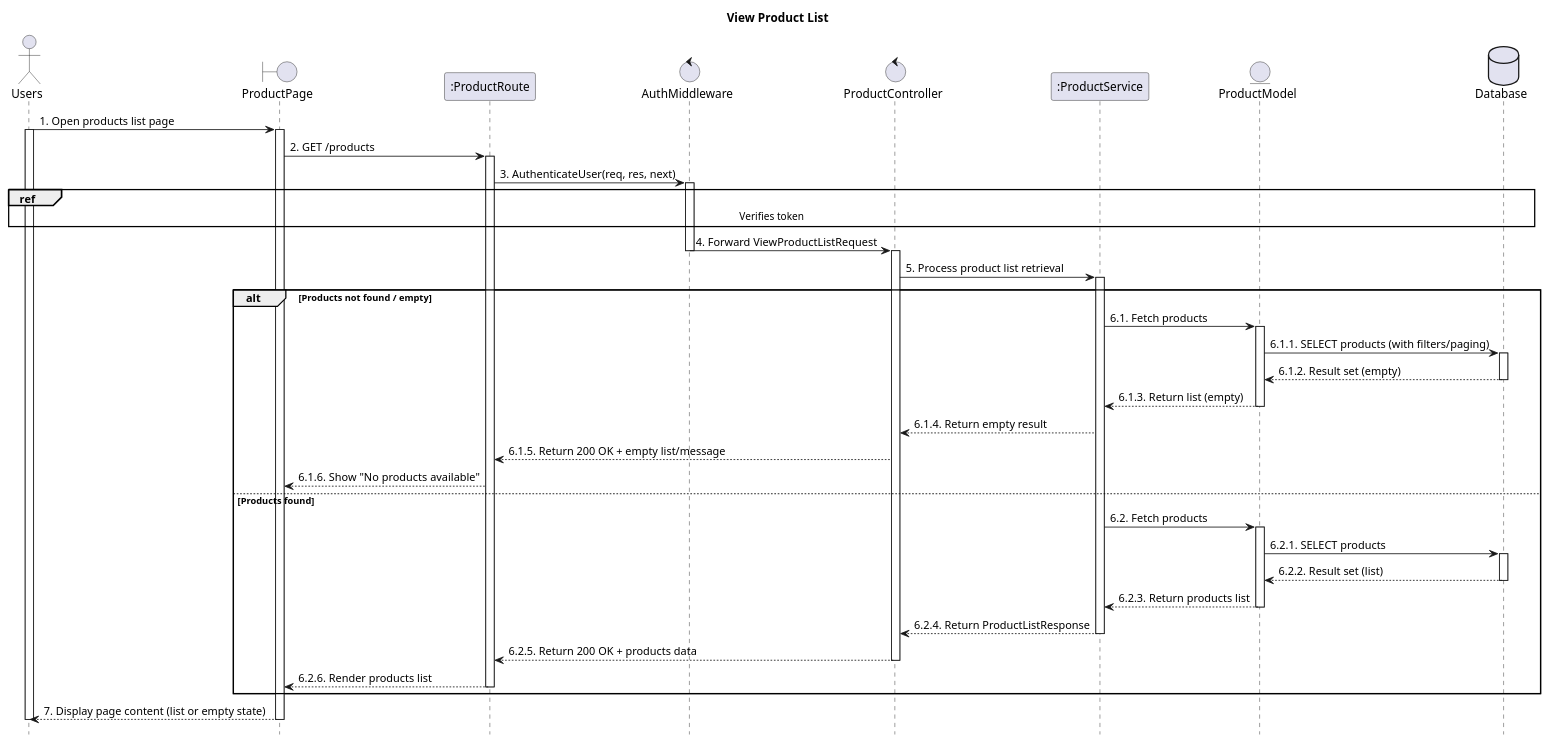
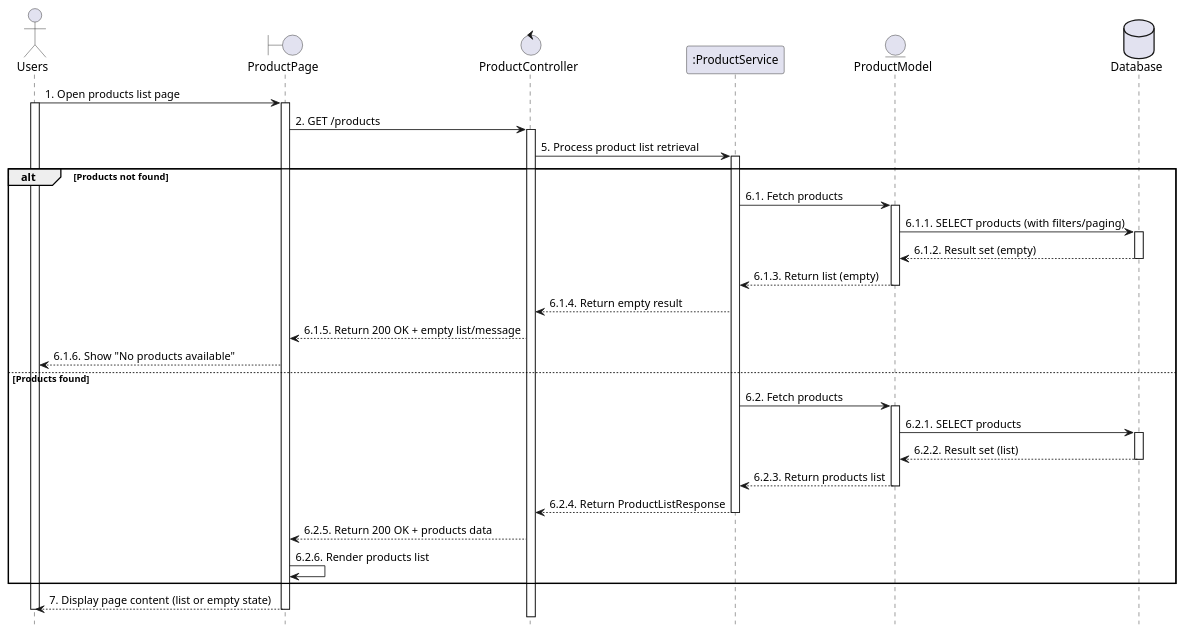
Before and after one commit to VietDurian/VietDurian: the diagram in planuml/web/13.2_viewProductList.puml, drawn with PlantUML. The commit also changed 39 other files, not shown here.

Commit message:
ViVLT: Add sequence diagram

```diff
--- a/planuml/web/13.2_viewProductList.puml
+++ b/planuml/web/13.2_viewProductList.puml
@@ -1,68 +1,56 @@
 @startuml 13.2_viewProductList
 hide footbox
-title View Product List
 
 actor User as "Users"
 boundary ProductPage as View
-participant ":ProductRoute" as Route
-control "AuthMiddleware" as Middleware
 control "ProductController" as Controller
 participant ":ProductService" as Service
 entity "ProductModel" as Model
 database Database as Database
 
 User -> View : 1. Open products list page
 activate View
 activate User
-    View -> Route : 2. GET /products
-    activate Route
-
-    Route -> Middleware : 3. AuthenticateUser(req, res, next)
-    activate Middleware
-    ref over User, Database : Verifies token
-    Middleware -> Controller : 4. Forward ViewProductListRequest
-    deactivate Middleware
+    View -> Controller : 2. GET /products
     activate Controller
 
     Controller -> Service : 5. Process product list retrieval
     activate Service
 
-alt Products not found / empty
+alt Products not found
     Service -> Model : 6.1. Fetch products
     activate Model
 
     Model -> Database : 6.1.1. SELECT products (with filters/paging)
     activate Database
     Database --> Model : 6.1.2. Result set (empty)
     deactivate Database
 
     Model --> Service : 6.1.3. Return list (empty)
     deactivate Model
 
         Service --> Controller : 6.1.4. Return empty result
-        Controller --> Route : 6.1.5. Return 200 OK + empty list/message
-        Route --> View : 6.1.6. Show "No products available"
+        Controller --> View : 6.1.5. Return 200 OK + empty list/message
+        View --> User : 6.1.6. Show "No products available"
 else Products found
         Service -> Model : 6.2. Fetch products
         activate Model
 
         Model -> Database : 6.2.1. SELECT products
         activate Database
         Database --> Model : 6.2.2. Result set (list)
         deactivate Database
 
         Model --> Service : 6.2.3. Return products list
         deactivate Model
 
         Service --> Controller : 6.2.4. Return ProductListResponse
         deactivate Service
-        Controller --> Route : 6.2.5. Return 200 OK + products data
-        deactivate Controller
-        Route --> View : 6.2.6. Render products list
-        deactivate Route
+        Controller --> View : 6.2.5. Return 200 OK + products data
+        View -> View : 6.2.6. Render products list
 end
 
 View --> User : 7. Display page content (list or empty state)
 deactivate View
 deactivate User
 @enduml
```
